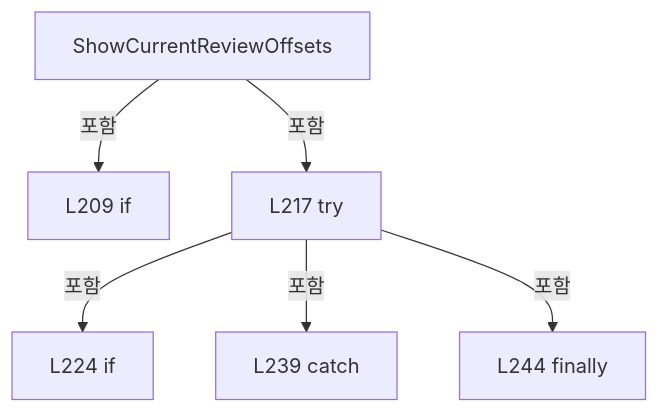
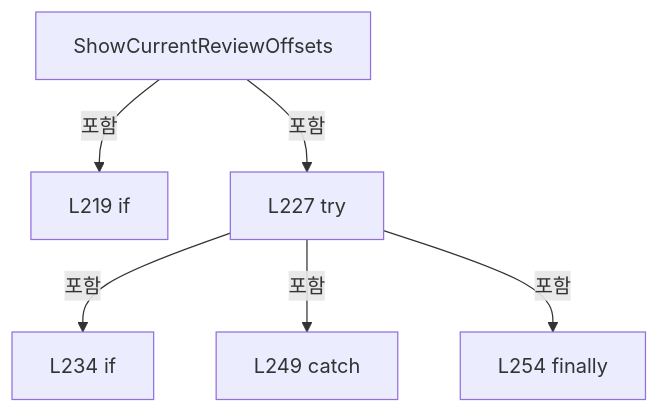
One commit to kjuws10-rgb/Shared changed the fourth of 18 diagrams in A3 LD Code Ref/files/Drilling.UI/Menu/Menus/CMenuCorrection.ReviewData.Offset.cs.md. Above: the diagram before and after it, drawn with Mermaid. The commit also changed other lines of this file and 2071 other files, not shown here.

Commit message:
docs(a3): update 11.19.0 architecture and code reference

````diff
--- a/A3 LD Code Ref/files/Drilling.UI/Menu/Menus/CMenuCorrection.ReviewData.Offset.cs.md
+++ b/A3 LD Code Ref/files/Drilling.UI/Menu/Menus/CMenuCorrection.ReviewData.Offset.cs.md
@@ -757,14 +761,14 @@
 ```mermaid
 flowchart TD
  M["ShowCurrentReviewOffsets"]
- N0["L209 if"]
+ N0["L219 if"]
  M -->|포함| N0
- N1["L217 try"]
+ N1["L227 try"]
  M -->|포함| N1
- N2["L224 if"]
+ N2["L234 if"]
  N1 -->|포함| N2
- N3["L239 catch"]
+ N3["L249 catch"]
  N1 -->|포함| N3
- N4["L244 finally"]
+ N4["L254 finally"]
  N1 -->|포함| N4
 ```
````
